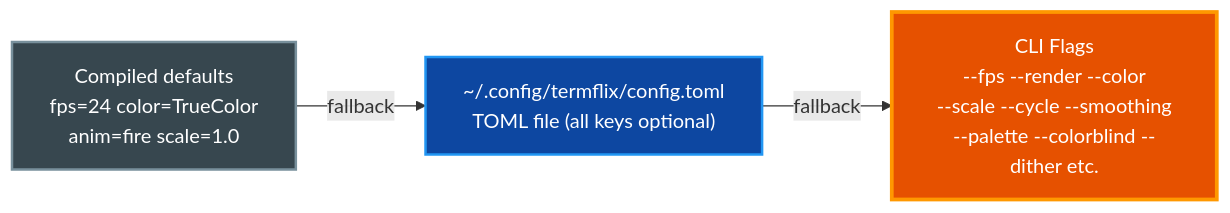
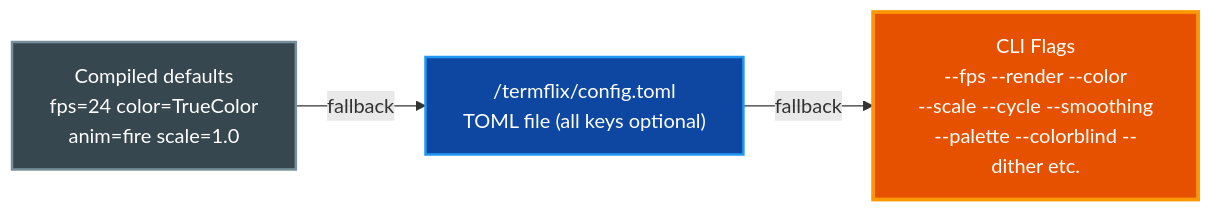
One commit to paulrobello/termflix changed the sixth of 14 diagrams in docs/ARCHITECTURE.md. Above: the diagram before and after it, drawn with Mermaid. The commit also changed other lines of this file and 5 other files, not shown here.

First line of the commit message:
fix: config path documented as ~/.config on all OSes; now per-OS via --show-config (DOC-003)

````diff
--- a/docs/ARCHITECTURE.md
+++ b/docs/ARCHITECTURE.md
@@ -498,13 +498,13 @@
 ```mermaid
 flowchart LR
     CLI["CLI Flags\n--fps --render --color\n--scale --cycle --smoothing\n--palette --colorblind --dither etc."]
-    CFG["~/.config/termflix/config.toml\nTOML file (all keys optional)"]
+    CFG["<config_dir>/termflix/config.toml\nTOML file (all keys optional)"]
     DEF["Compiled defaults\nfps=24 color=TrueColor\nanim=fire scale=1.0"]
 
     DEF -->|fallback| CFG
     CFG -->|fallback| CLI
 
     style CLI fill:#e65100,stroke:#ff9800,stroke-width:3px,color:#ffffff
     style CFG fill:#0d47a1,stroke:#2196f3,stroke-width:2px,color:#ffffff
     style DEF fill:#37474f,stroke:#78909c,stroke-width:2px,color:#ffffff
 ```
````
